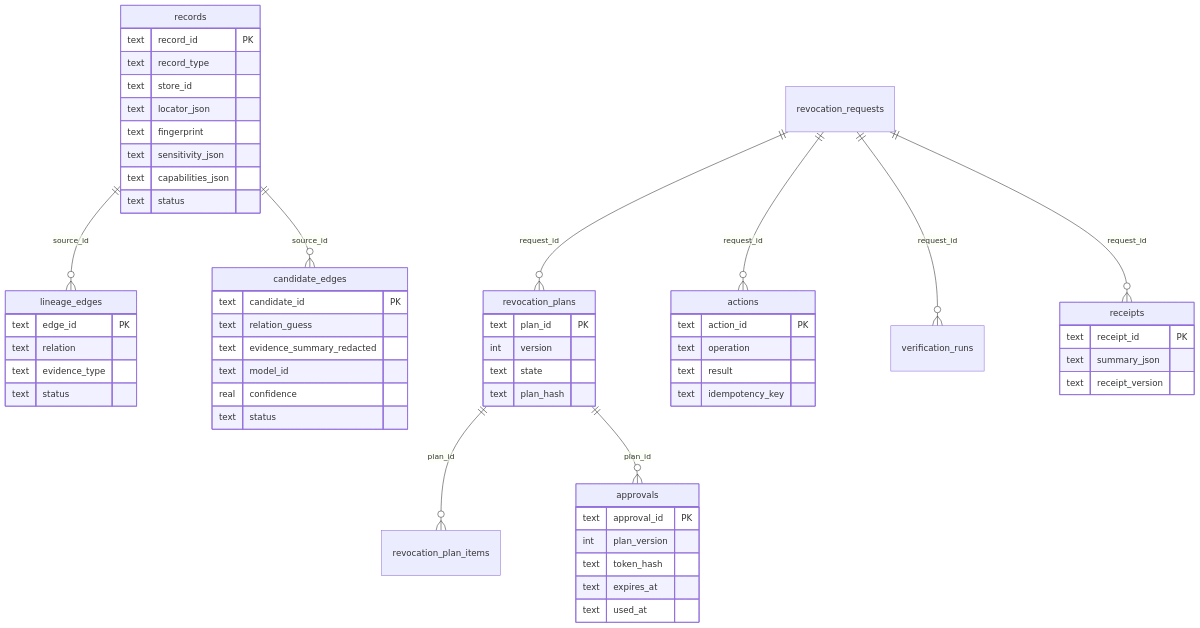
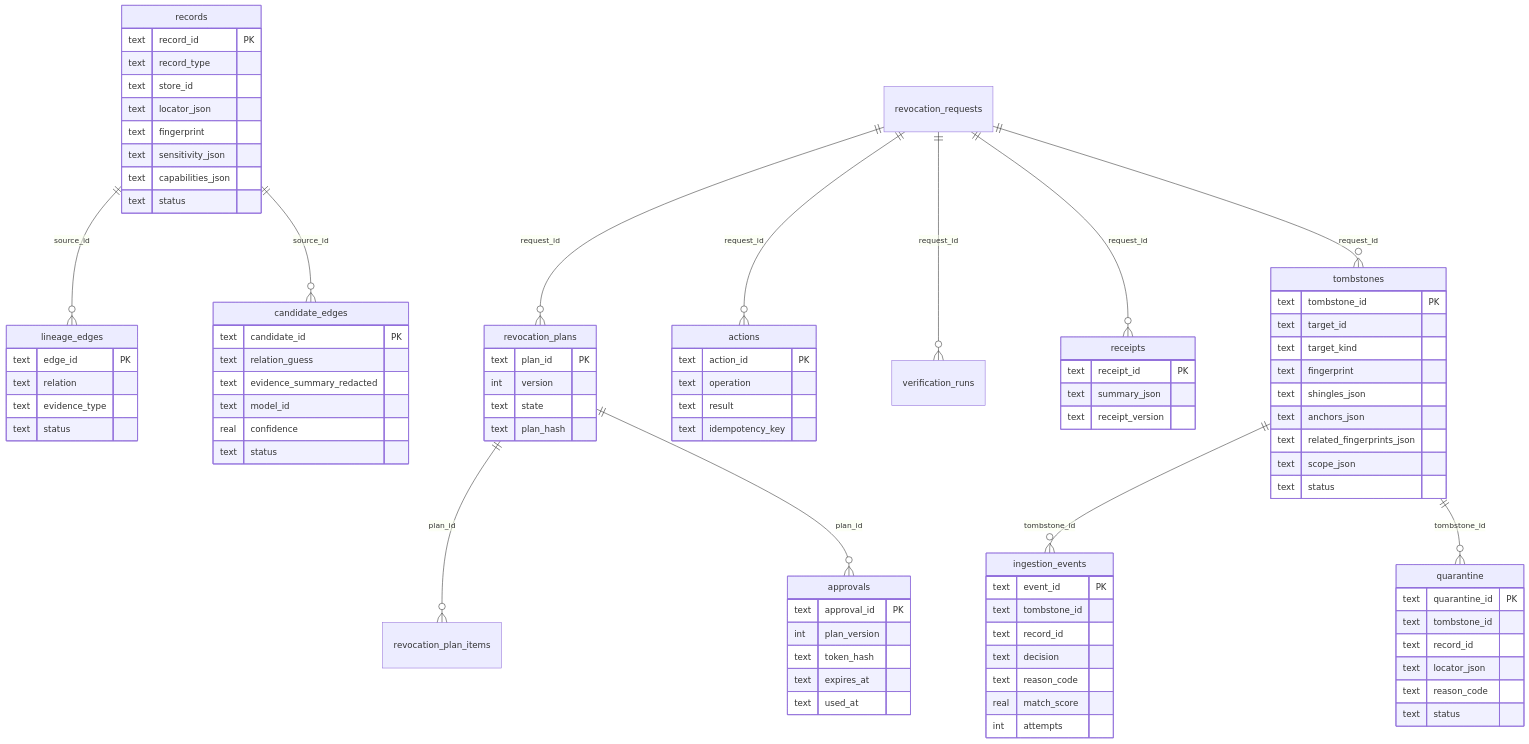
One commit to khasim007q/Redacto changed the second of 4 diagrams in docs/architecture.md. Above: the diagram before and after it, drawn with Mermaid. The commit also changed other lines of this file and 20 other files, not shown here.

First line of the commit message:
Add revocation tombstones and ingestion guard

```diff
--- a/docs/architecture.md
+++ b/docs/architecture.md
@@ -80,6 +81,9 @@
     revocation_requests ||--o{ actions : "request_id"
     revocation_requests ||--o{ verification_runs : "request_id"
     revocation_requests ||--o{ receipts : "request_id"
+    revocation_requests ||--o{ tombstones : "request_id"
+    tombstones ||--o{ ingestion_events : "tombstone_id"
+    tombstones ||--o{ quarantine : "tombstone_id"
 
     records {
         text record_id PK
@@ -118,6 +122,34 @@
         text expires_at
         text used_at
     }
+    tombstones {
+        text tombstone_id PK
+        text target_id
+        text target_kind
+        text fingerprint
+        text shingles_json
+        text anchors_json
+        text related_fingerprints_json
+        text scope_json
+        text status
+    }
+    ingestion_events {
+        text event_id PK
+        text tombstone_id
+        text record_id
+        text decision
+        text reason_code
+        real match_score
+        int attempts
+    }
+    quarantine {
+        text quarantine_id PK
+        text tombstone_id
+        text record_id
+        text locator_json
+        text reason_code
+        text status
+    }
     actions {
         text action_id PK
         text operation
```
